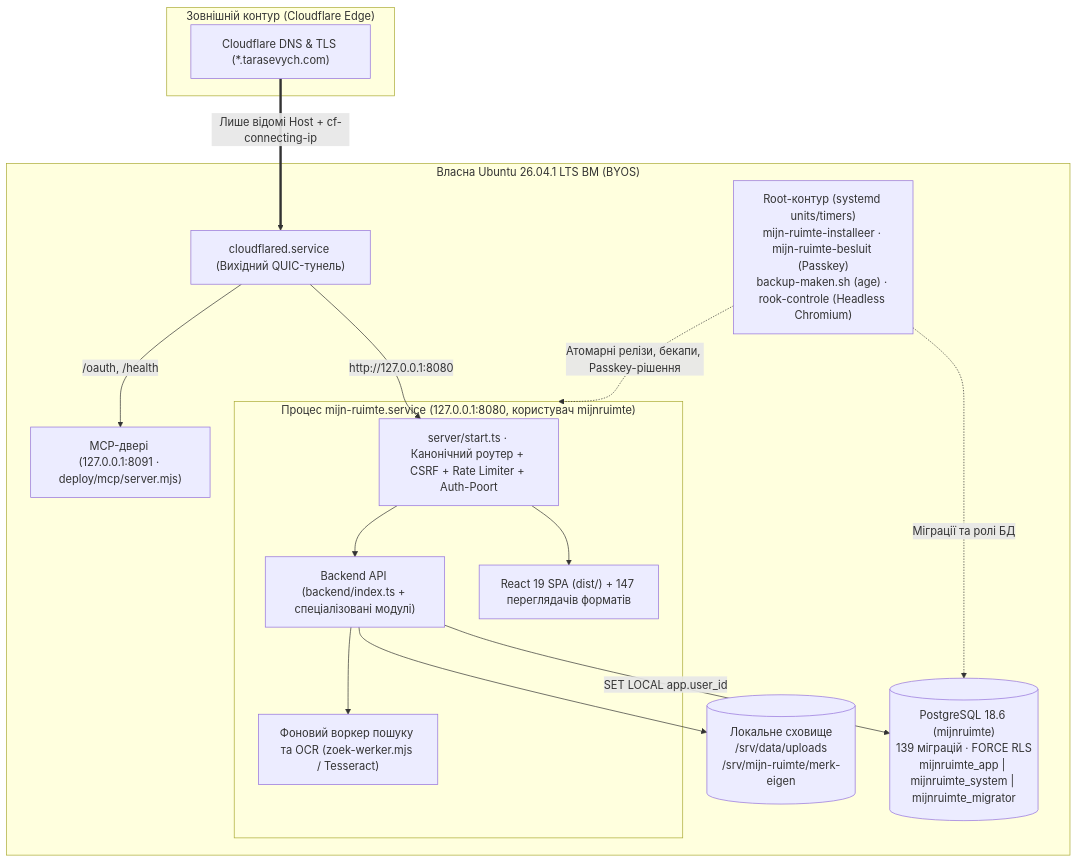
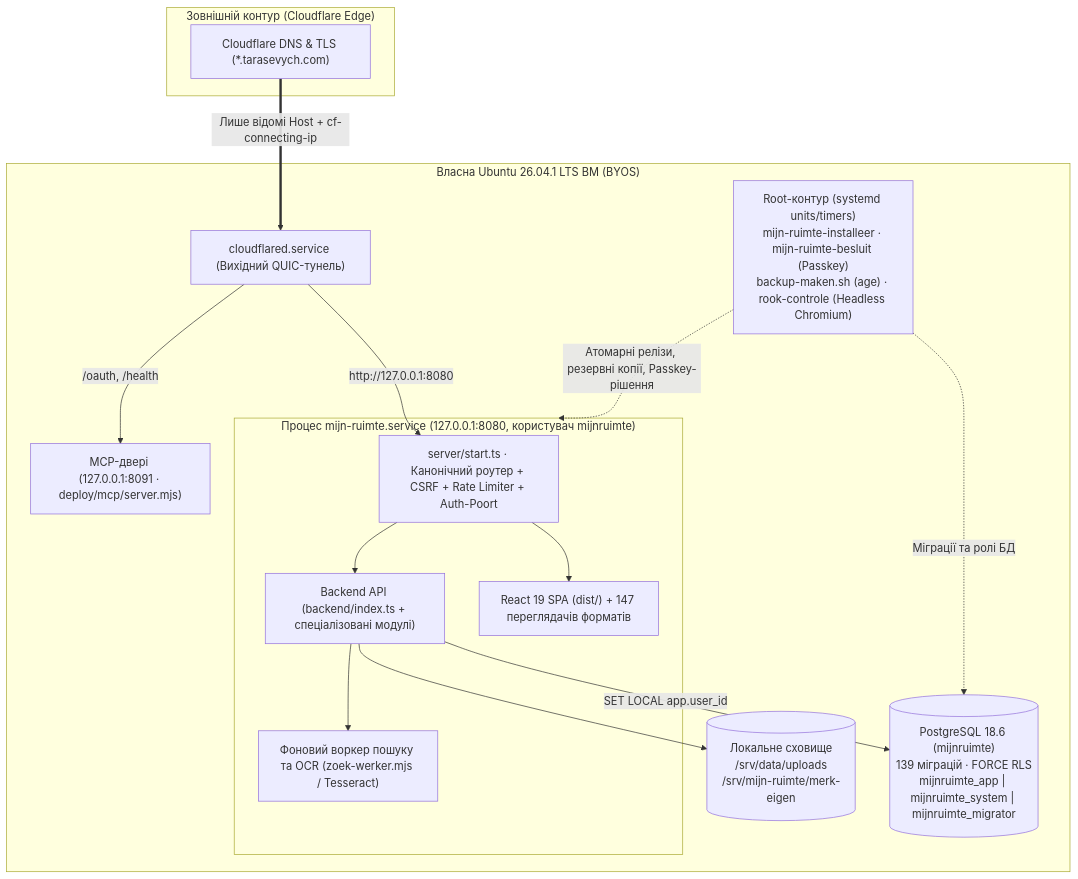
Before and after one commit to Tarasevych/hub: the diagram in README.md, drawn with Mermaid. The commit also changed other lines of this file and 301 other files, not shown here.

````diff
--- a/README.md
+++ b/README.md
@@ -84,31 +84,31 @@
 ```mermaid
 flowchart TB
     subgraph Edge["Зовнішній контур (Cloudflare Edge)"]
         CF["Cloudflare DNS & TLS (*.tarasevych.com)"]
     end
 
     subgraph VM["Власна Ubuntu 26.04.1 LTS ВМ (BYOS)"]
         CFD["cloudflared.service (Вихідний QUIC-тунель)"]
         subgraph App["Процес mijn-ruimte.service (127.0.0.1:8080, користувач mijnruimte)"]
             SRV["server/start.ts · Канонічний роутер + CSRF + Rate Limiter + Auth-Poort"]
             SPA["React 19 SPA (dist/) + 147 переглядачів форматів"]
             API["Backend API (backend/index.ts + спеціалізовані модулі)"]
             WRK["Фоновий воркер пошуку та OCR (zoek-werker.mjs / Tesseract)"]
         end
         MCP8091["MCP-двері (127.0.0.1:8091 · deploy/mcp/server.mjs)"]
         PG[("PostgreSQL 18.6 (mijnruimte)\n139 міграцій · FORCE RLS\nmijnruimte_app | mijnruimte_system | mijnruimte_migrator")]
         FS[("Локальне сховище\n/srv/data/uploads\n/srv/mijn-ruimte/merk-eigen")]
         ROOT["Root-контур (systemd units/timers)\nmijn-ruimte-installeer · mijn-ruimte-besluit (Passkey)\nbackup-maken.sh (age) · rook-controle (Headless Chromium)"]
     end
 
     CF ==>|"Лише відомі Host + cf-connecting-ip"| CFD
     CFD -->|"http://127.0.0.1:8080"| SRV
     CFD -->|"/oauth, /health"| MCP8091
     SRV --> SPA
     SRV --> API
     API -->|"SET LOCAL app.user_id"| PG
     API --> FS
     API --> WRK
-    ROOT -.->|"Атомарні релізи, бекапи, Passkey-рішення"| App
+    ROOT -.->|"Атомарні релізи, резервні копії, Passkey-рішення"| App
     ROOT -.->|"Міграції та ролі БД"| PG
 ```
````
